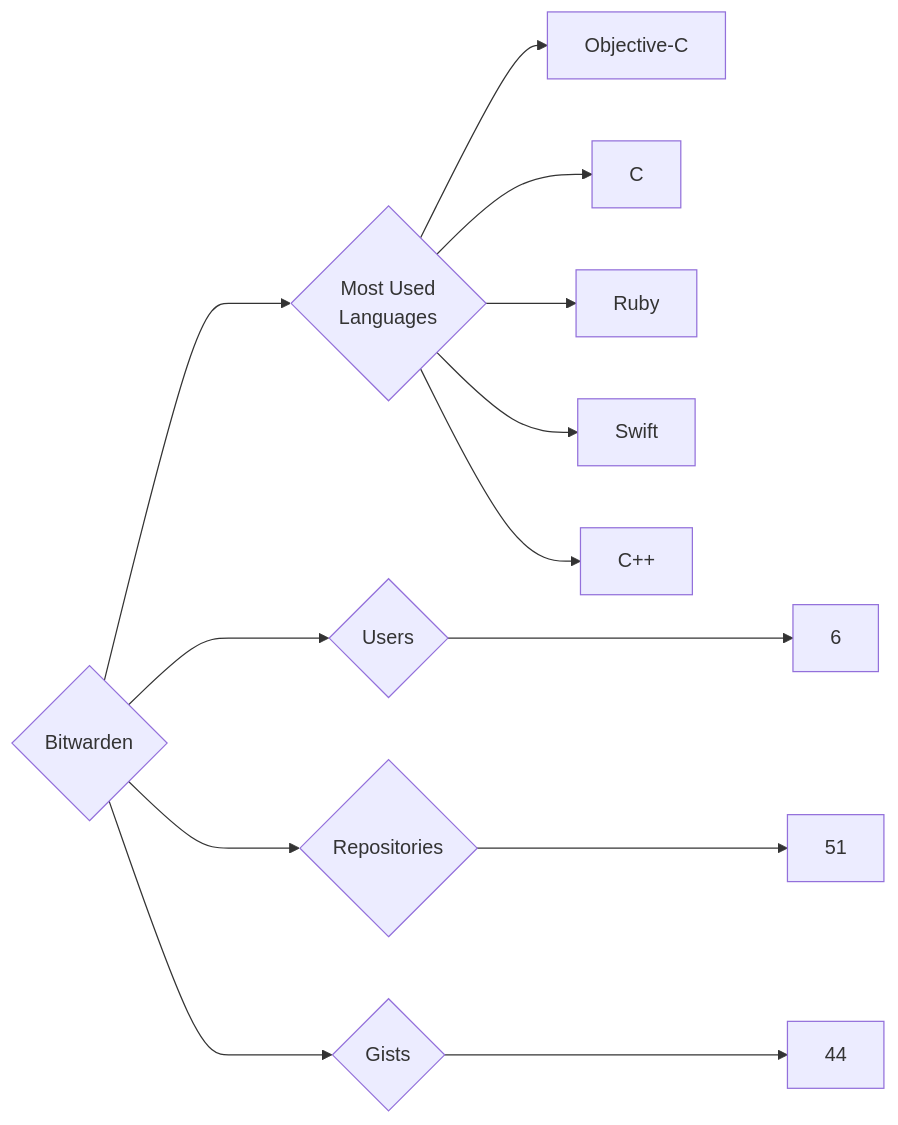
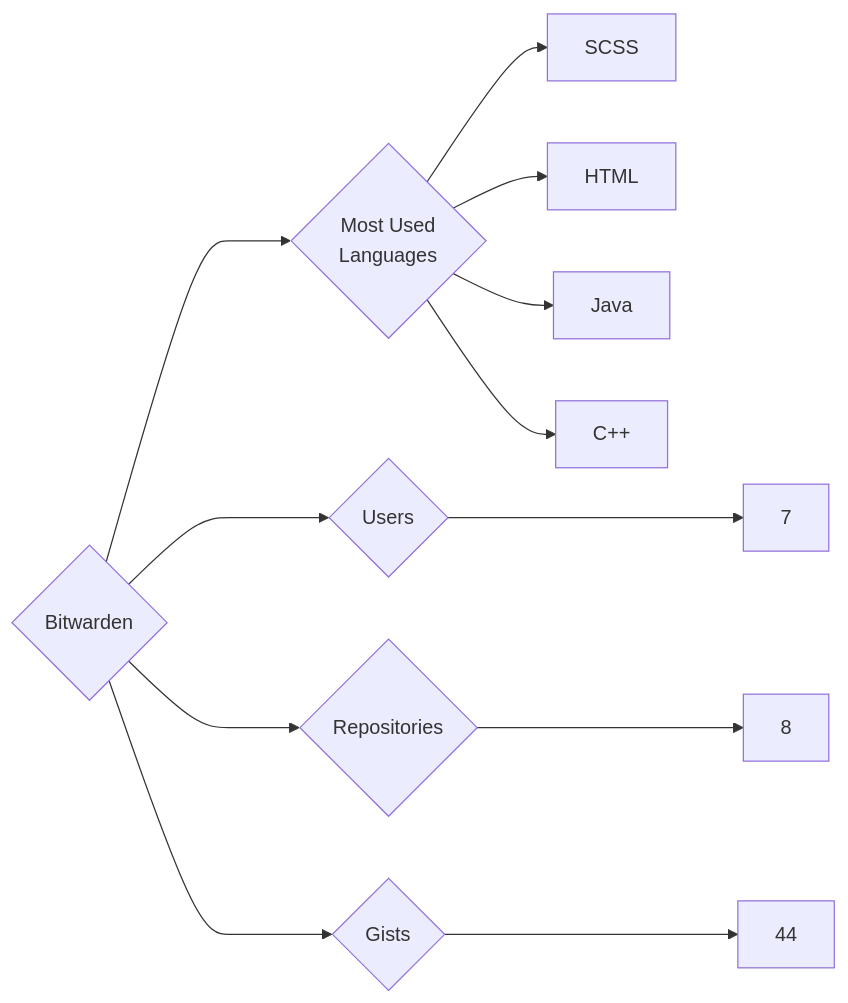
Before and after one commit to trickest/insiders: the diagram in targets/Bitwarden/README.md, drawn with Mermaid. The commit also changed 1149 other files, not shown here.

````diff
--- a/targets/Bitwarden/README.md
+++ b/targets/Bitwarden/README.md
@@ -3,13 +3,12 @@
 ```mermaid
 graph LR
 COMPANY_NAME{Bitwarden}
-COMPANY_NAME ---> U{Users} ---> UN[6]
-COMPANY_NAME ---> R{Repositories} ---> RN[51]
+COMPANY_NAME ---> U{Users} ---> UN[7]
+COMPANY_NAME ---> R{Repositories} ---> RN[8]
 COMPANY_NAME ---> G{Gists} ---> GN[44]
 COMPANY_NAME ---> ML{Most Used<br>Languages}
-ML --> Objective-C[Objective-C]
-ML --> C[C]
-ML --> Ruby[Ruby]
-ML --> Swift[Swift]
+ML --> SCSS[SCSS]
+ML --> HTML[HTML]
+ML --> Java[Java]
 ML --> C++[C++]
 ```
````
